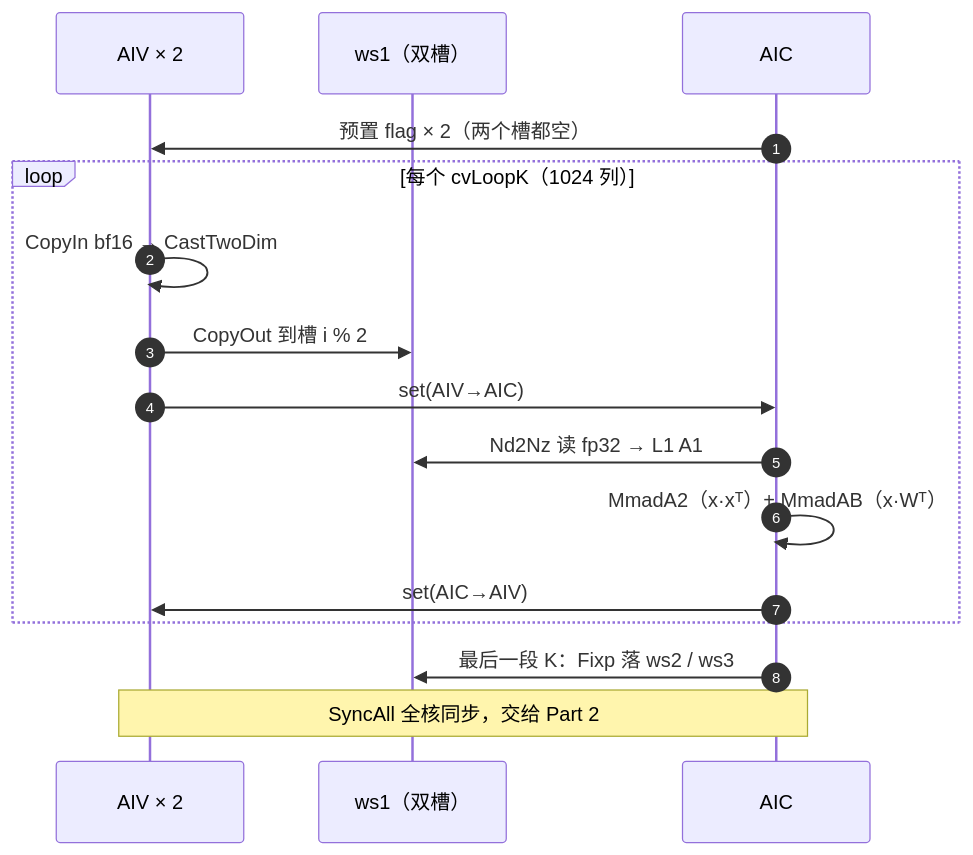
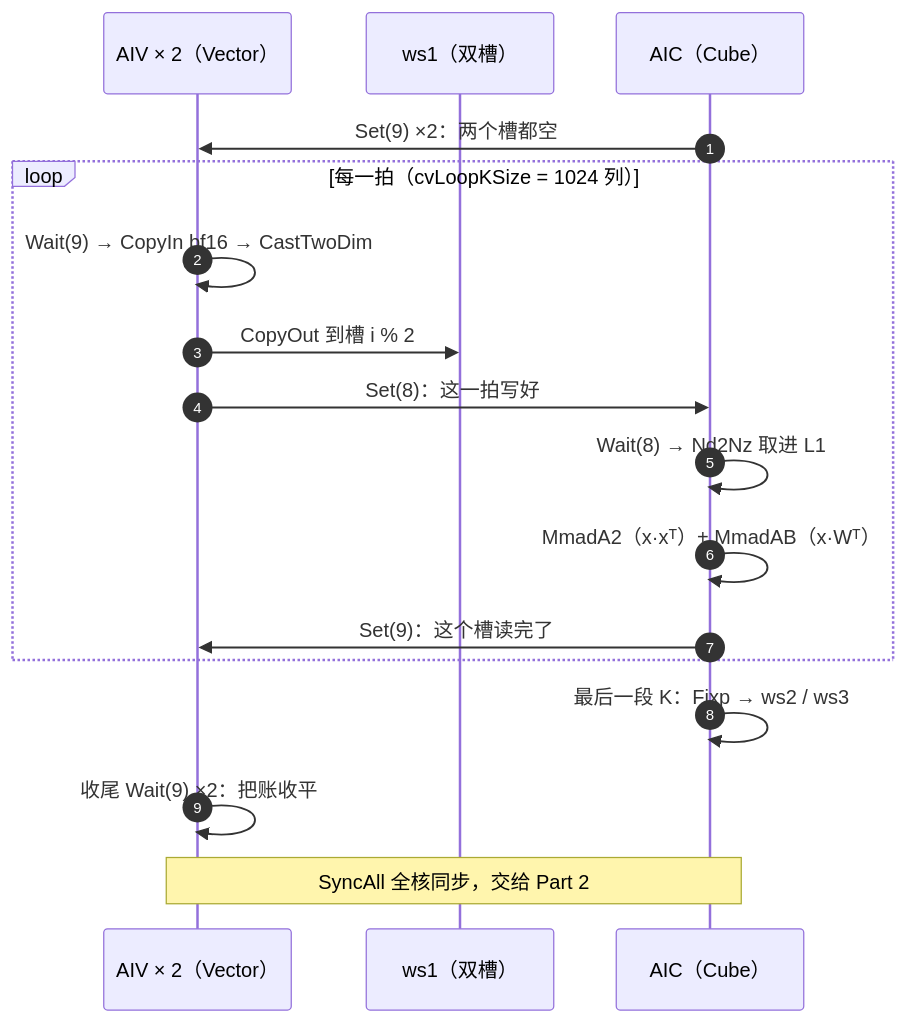
The seventh of 8 diagrams in vllm_ascend/models/deepseek_v4/dsv4_docs/mhc.md (GoCHug/vllm-ascend), drawn with Mermaid before and after one commit. The commit also changed other lines of this file and 7 other files, not shown here.

````diff
--- a/vllm_ascend/models/deepseek_v4/dsv4_docs/mhc.md
+++ b/vllm_ascend/models/deepseek_v4/dsv4_docs/mhc.md
@@ -955,18 +936,19 @@
 ```mermaid
 sequenceDiagram
     autonumber
-    participant AIV as AIV × 2
+    participant AIV as AIV × 2（Vector）
     participant WS as ws1（双槽）
-    participant AIC as AIC
-    AIC->>AIV: 预置 flag × 2（两个槽都空）
-    loop 每个 cvLoopK（1024 列）
-        AIV->>AIV: CopyIn bf16 → CastTwoDim
+    participant AIC as AIC（Cube）
+    AIC->>AIV: Set(9) ×2：两个槽都空
+    loop 每一拍（cvLoopKSize = 1024 列）
+        AIV->>AIV: Wait(9) → CopyIn bf16 → CastTwoDim
         AIV->>WS: CopyOut 到槽 i % 2
-        AIV->>AIC: set(AIV→AIC)
-        AIC->>WS: Nd2Nz 读 fp32 → L1 A1
+        AIV->>AIC: Set(8)：这一拍写好
+        AIC->>AIC: Wait(8) → Nd2Nz 取进 L1
         AIC->>AIC: MmadA2（x·xᵀ）+ MmadAB（x·Wᵀ）
-        AIC->>AIV: set(AIC→AIV)
+        AIC->>AIV: Set(9)：这个槽读完了
     end
-    AIC->>WS: 最后一段 K：Fixp 落 ws2 / ws3
-    Note over AIC,AIV: SyncAll 全核同步，交给 Part 2
+    AIC->>AIC: 最后一段 K：Fixp → ws2 / ws3
+    AIV->>AIV: 收尾 Wait(9) ×2：把账收平
+    Note over AIV,AIC: SyncAll 全核同步，交给 Part 2
 ```
````
